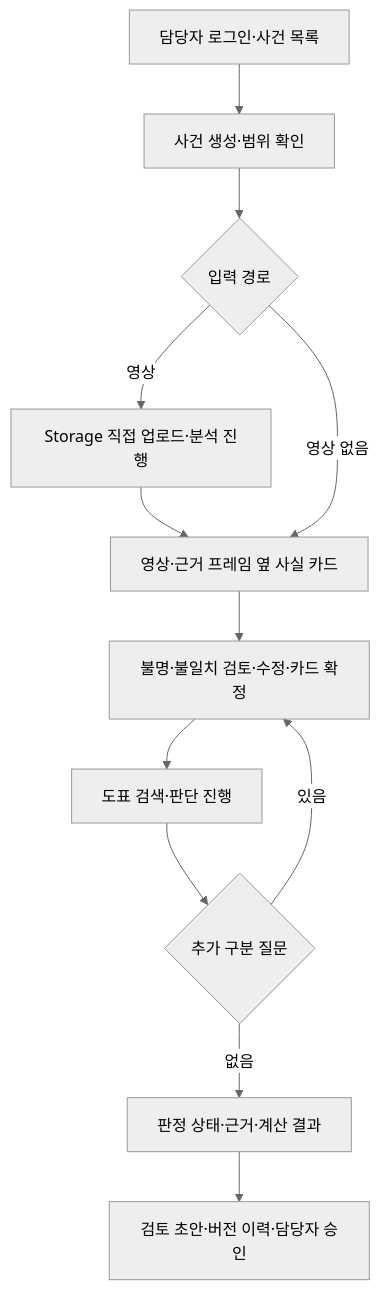
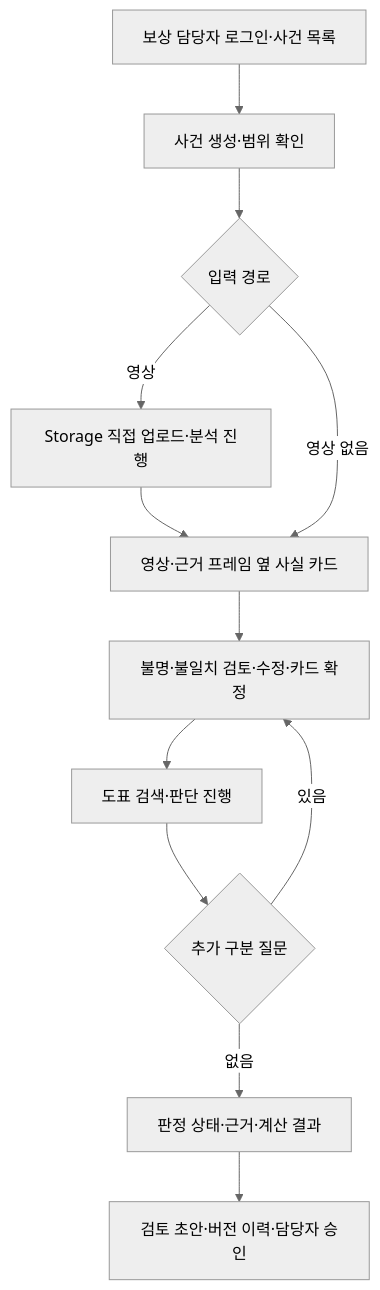
The diagram in README.md (Ok-Muncheol/ok-muncheol-fe), drawn with Mermaid (neutral theme) before and after one commit. The commit also changed other lines of this file and 3 other files, not shown here.

````diff
--- a/README.md
+++ b/README.md
@@ -42,14 +42,14 @@
 ```mermaid
 flowchart TD
-    A[담당자 로그인·사건 목록] --> B[사건 생성·범위 확인]
+    A[보상 담당자 로그인·사건 목록] --> B[사건 생성·범위 확인]
     B --> C{입력 경로}
     C -->|영상| D[Storage 직접 업로드·분석 진행]
     D --> E[영상·근거 프레임 옆 사실 카드]
     C -->|영상 없음| E
     E --> F[불명·불일치 검토·수정·카드 확정]
     F --> G[도표 검색·판단 진행]
     G --> H{추가 구분 질문}
     H -->|있음| F
     H -->|없음| I[판정 상태·근거·계산 결과]
     I --> J[검토 초안·버전 이력·담당자 승인]
 ```
````
